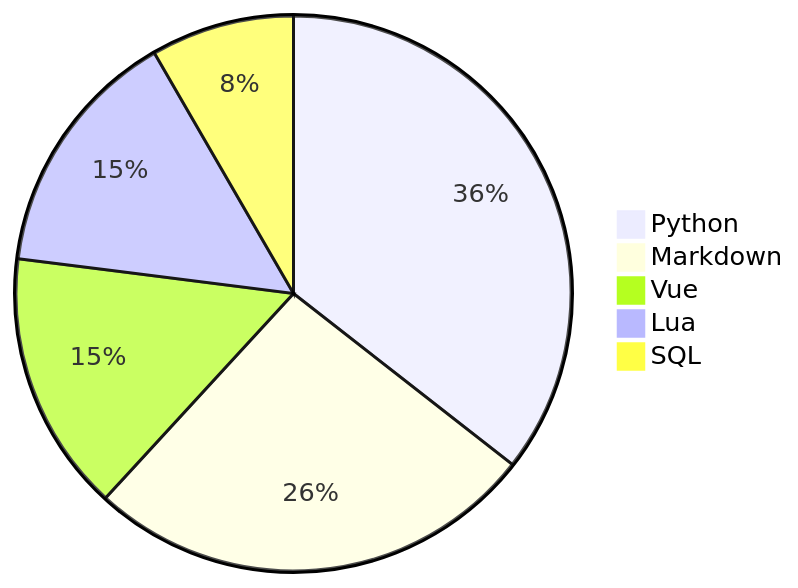
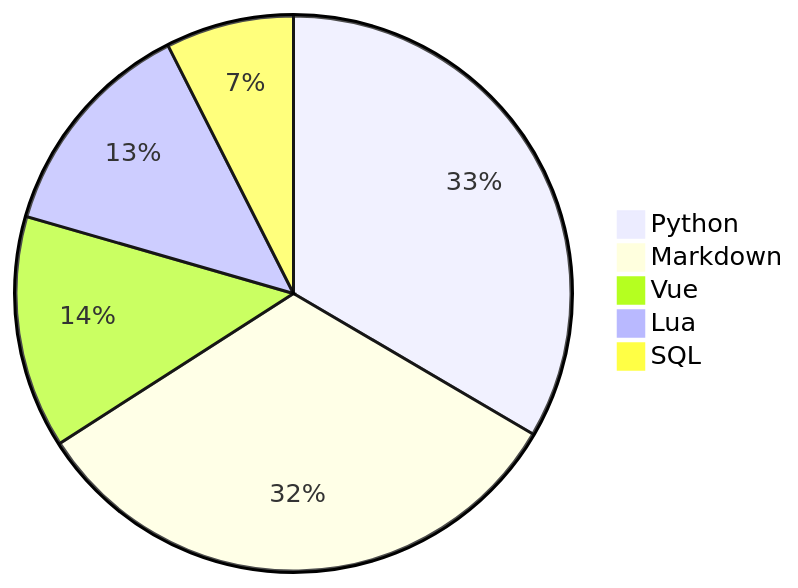
One commit to Alicia111/alicia111 changed the diagram in README.md. Above: the diagram before and after it, drawn with Mermaid.

Commit message:
Update WakaTime stats (・ω・)b

````diff
--- a/README.md
+++ b/README.md
@@ -32,8 +32,8 @@
 ```mermaid
 pie
-    "Python" : 33.18
-    "Markdown" : 24.52
-    "Vue" : 14.16
-    "Lua" : 13.67
-    "SQL" : 7.79
+    "Python" : 31.31
+    "Markdown" : 30.4
+    "Vue" : 12.68
+    "Lua" : 12.24
+    "SQL" : 6.98
 ```
````
